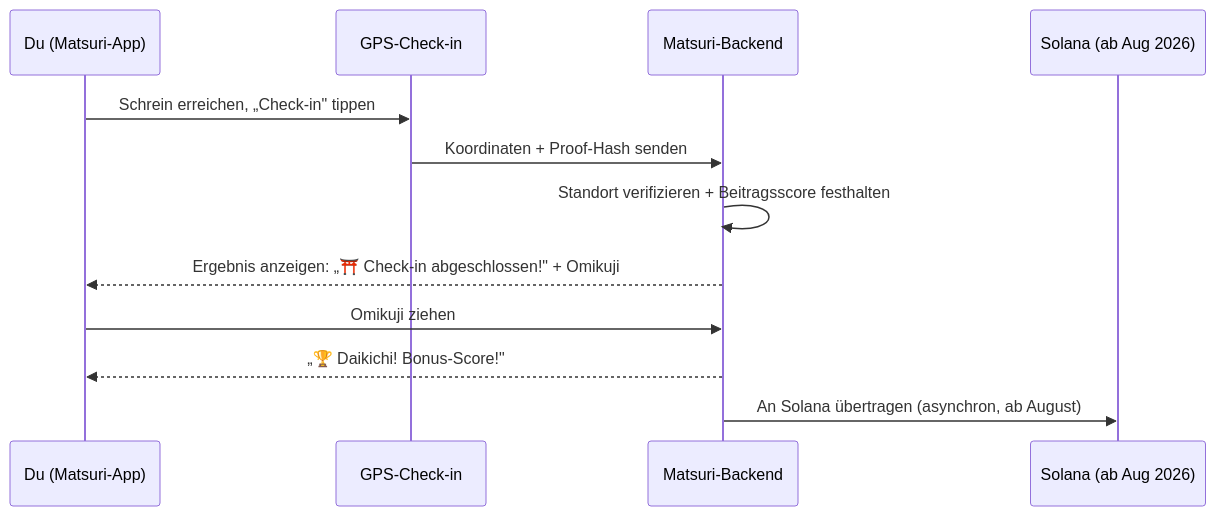
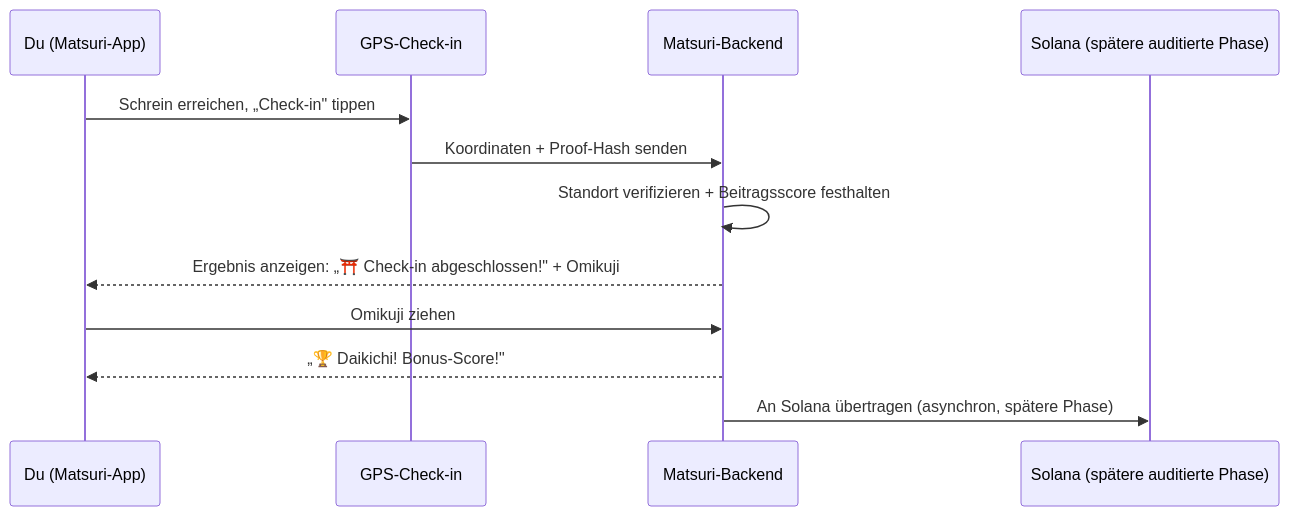
Before and after one commit to Cootakahashi/matsuri-dao-whitepaper: the third of 4 diagrams in i18n/de/docusaurus-plugin-content-docs/current/04-mining.md, drawn with Mermaid. The commit also changed other lines of this file and 79 other files, not shown here.

First line of the commit message:
docs: re-sequence on-chain roadmap to match the staged Hashlock audit (20 locales)

````diff
--- a/i18n/de/docusaurus-plugin-content-docs/current/04-mining.md
+++ b/i18n/de/docusaurus-plugin-content-docs/current/04-mining.md
@@ -109,15 +109,15 @@
 ```mermaid
 sequenceDiagram
     participant U as Du (Matsuri-App)
     participant GPS as GPS-Check-in
     participant API as Matsuri-Backend
-    participant SC as Solana (ab Aug 2026)
+    participant SC as Solana (spätere auditierte Phase)
 
     U->>GPS: Schrein erreichen, „Check-in" tippen
     GPS->>API: Koordinaten + Proof-Hash senden
     API->>API: Standort verifizieren + Beitragsscore festhalten
     API-->>U: Ergebnis anzeigen: „⛩️ Check-in abgeschlossen!" + Omikuji
     U->>API: Omikuji ziehen
     API-->>U: „🏆 Daikichi! Bonus-Score!"
-    API->>SC: An Solana übertragen (asynchron, ab August)
+    API->>SC: An Solana übertragen (asynchron, spätere Phase)
 ```
````
